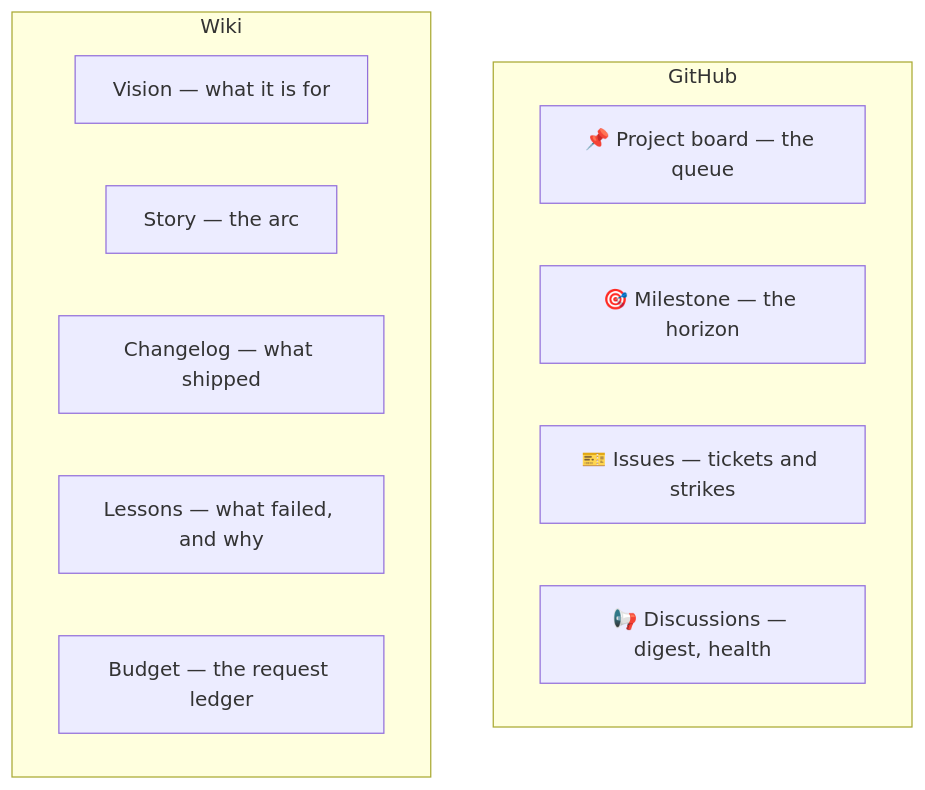
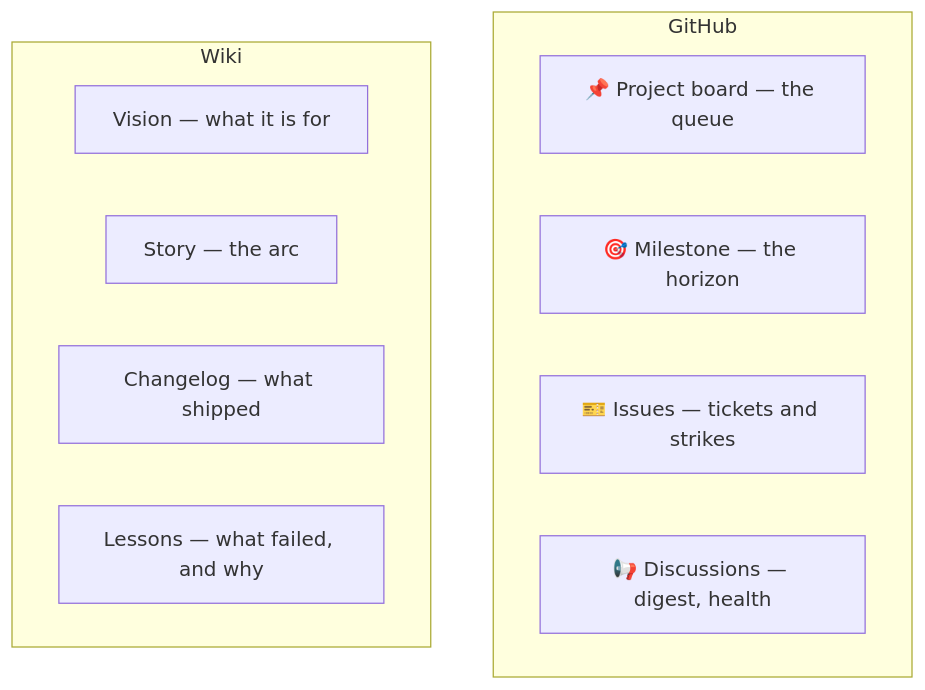
One commit to DavidCorrea/selfgrow changed the third of 3 diagrams in README.md. Above: the diagram before and after it, drawn with Mermaid. The commit also changed other lines of this file and 1 other file, not shown here.

````diff
--- a/README.md
+++ b/README.md
@@ -121,16 +121,15 @@
 ```mermaid
 flowchart TD
     subgraph gh ["GitHub"]
         BOARD["📌 Project board — the queue"]
         MS["🎯 Milestone — the horizon"]
         ISSUES["🎫 Issues — tickets and strikes"]
         DISC["📢 Discussions — digest, health"]
     end
     subgraph wiki ["Wiki"]
         VISION["Vision — what it is for"]
         STORY["Story — the arc"]
         CHANGE["Changelog — what shipped"]
         LESSONS["Lessons — what failed, and why"]
-        BUDGET["Budget — the request ledger"]
     end
 ```
````
